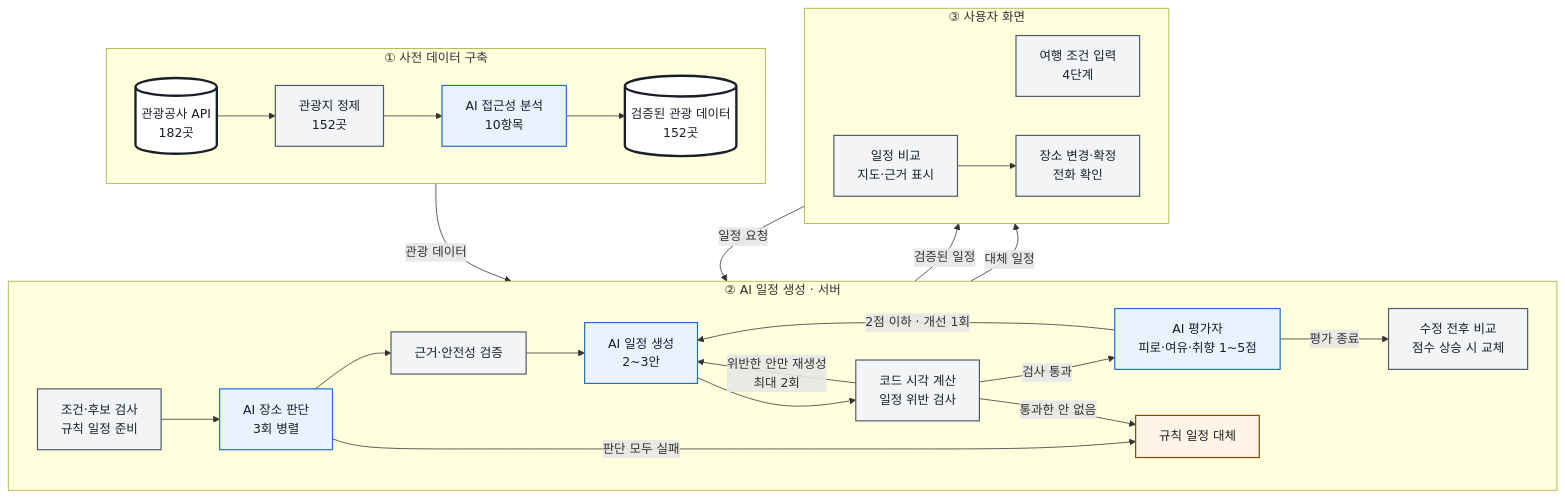
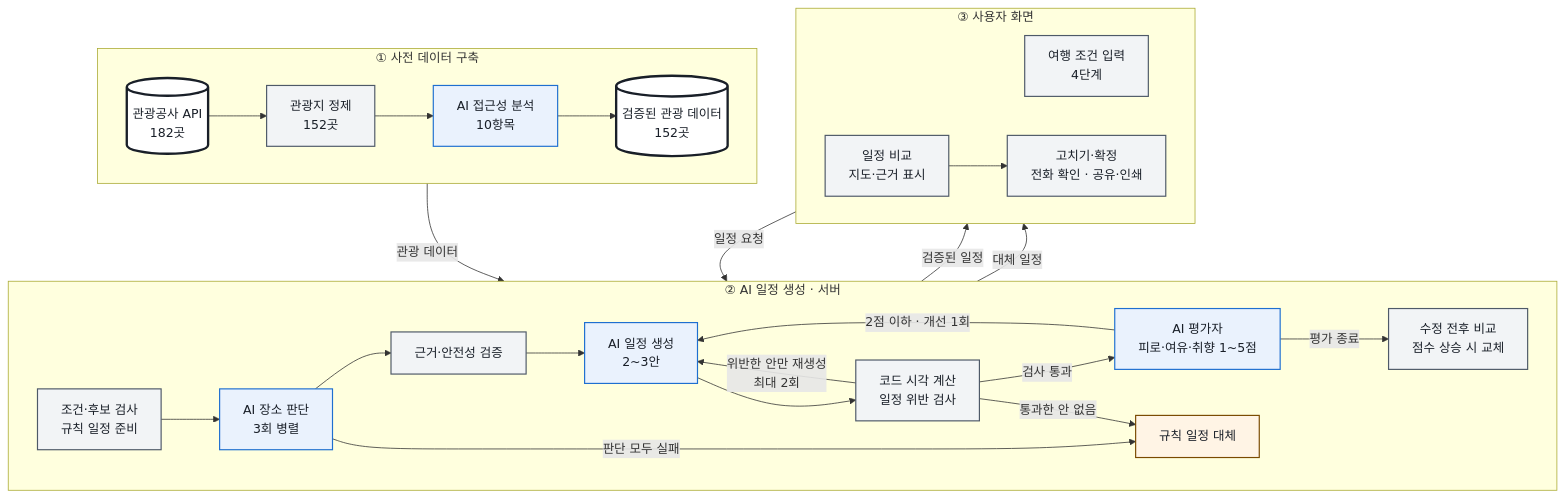
Before and after one commit to ieumgil/ieumgil-ai: the diagram in README.md, drawn with Mermaid. The commit also changed other lines of this file and 12 other files, not shown here.

````diff
--- a/README.md
+++ b/README.md
@@ -241,54 +240,54 @@
 ```mermaid
 flowchart TB
     subgraph PRE["① 사전 데이터 구축"]
         direction LR
         A1[("관광공사 API<br/>182곳")] --> A2["관광지 정제<br/>152곳"]
         A2 --> A3["AI 접근성 분석<br/>10항목"]
         A3 --> A4[("검증된 관광 데이터<br/>152곳")]
     end
 
     subgraph SERVER["② AI 일정 생성 · 서버"]
         direction LR
         S1["조건·후보 검사<br/>규칙 일정 준비"]
         S2["AI 장소 판단<br/>3회 병렬"]
         S3["근거·안전성 검증"]
         S4["AI 일정 생성<br/>2~3안"]
         S5["코드 시각 계산<br/>일정 위반 검사"]
         S6["AI 평가자<br/>피로·여유·취향 1~5점"]
         S7["수정 전후 비교<br/>점수 상승 시 교체"]
         SF["규칙 일정 대체"]
 
         S1 --> S2 --> S3 --> S4 --> S5
         S5 -->|"위반한 안만 재생성<br/>최대 2회"| S4
         S5 -->|검사 통과| S6
         S6 -->|"2점 이하 · 개선 1회"| S4
         S6 -->|평가 종료| S7
 
         S2 -->|판단 모두 실패| SF
         S5 -->|통과한 안 없음| SF
     end
 
     subgraph WEB["③ 사용자 화면"]
         direction LR
         C1["여행 조건 입력<br/>4단계"]
         C2["일정 비교<br/>지도·근거 표시"]
-        C3["장소 변경·확정<br/>전화 확인"]
+        C3["고치기·확정<br/>전화 확인 · 공유·인쇄"]
 
         C2 --> C3
     end
 
     A4 -->|관광 데이터| S1
     C1 -->|일정 요청| S1
     S7 -->|검증된 일정| C2
     SF -->|대체 일정| C2
 
     classDef ai fill:#EAF2FD,stroke:#1E6FD0,stroke-width:1.5px,color:#191F28
     classDef code fill:#F2F4F6,stroke:#4E5968,stroke-width:1.5px,color:#191F28
     classDef data fill:#FFFFFF,stroke:#191F28,stroke-width:3px,color:#191F28
     classDef fallback fill:#FFF4E5,stroke:#7A4A00,stroke-width:1.5px,color:#191F28
 
     class A3,S2,S4,S6 ai
     class A2,S1,S3,S5,S7,C1,C2,C3 code
     class A1,A4 data
     class SF fallback
 ```
````
